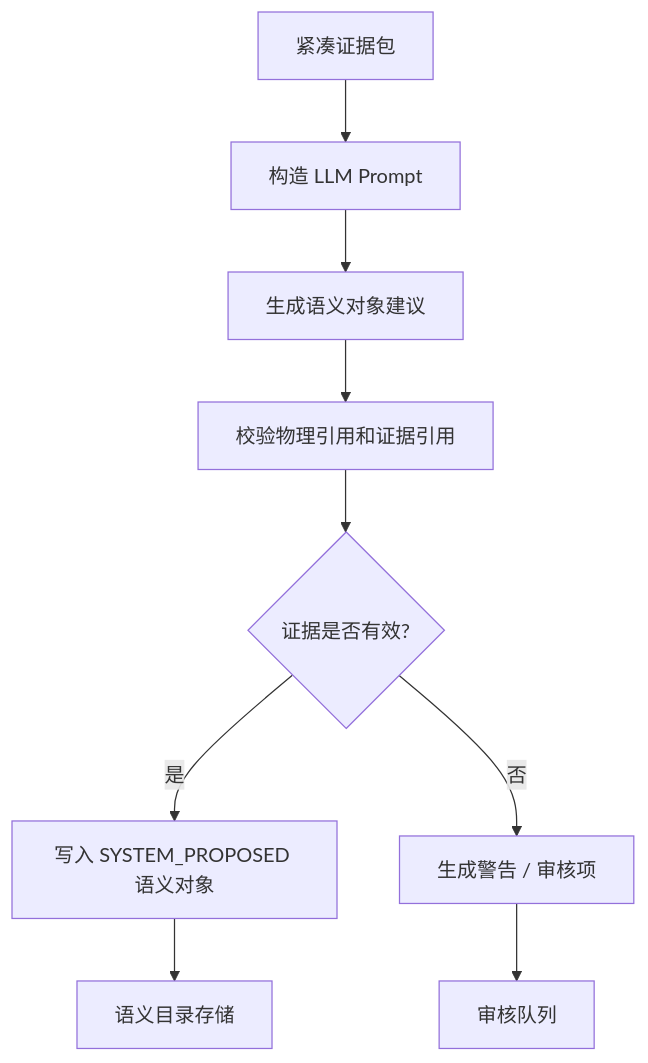
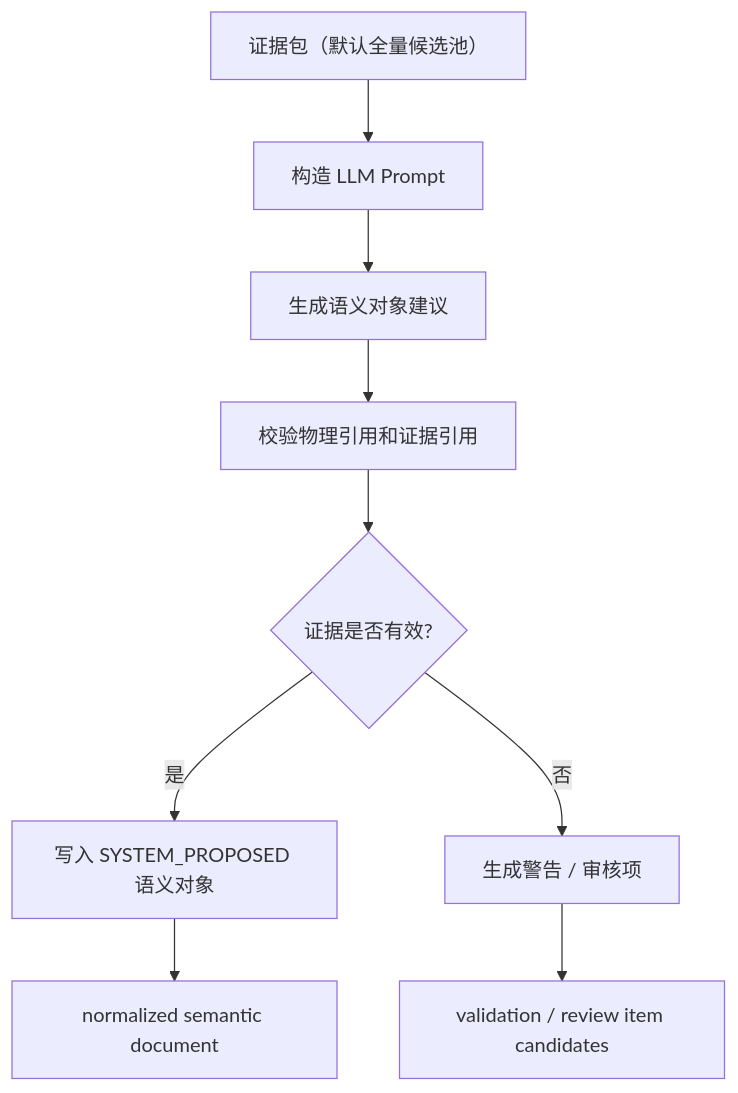
Before and after one commit to xiaoguang/relation-detector: the first of 2 diagrams in docs/design/semantic-layer/03-llm-semantic-enricher.md, drawn with Mermaid. The commit also changed other lines of this file and 881 other files, not shown here.

````diff
--- a/docs/design/semantic-layer/03-llm-semantic-enricher.md
+++ b/docs/design/semantic-layer/03-llm-semantic-enricher.md
@@ -195,11 +243,11 @@
 ```mermaid
 flowchart TD
-  A["紧凑证据包"] --> B["构造 LLM Prompt"]
+  A["证据包（默认全量候选池）"] --> B["构造 LLM Prompt"]
   B --> C["生成语义对象建议"]
   C --> D["校验物理引用和证据引用"]
   D --> E{"证据是否有效?"}
   E -- "是" --> F["写入 SYSTEM_PROPOSED 语义对象"]
   E -- "否" --> G["生成警告 / 审核项"]
-  F --> H["语义目录存储"]
-  G --> I["审核队列"]
+  F --> H["normalized semantic document"]
+  G --> I["validation / review item candidates"]
 ```
````
